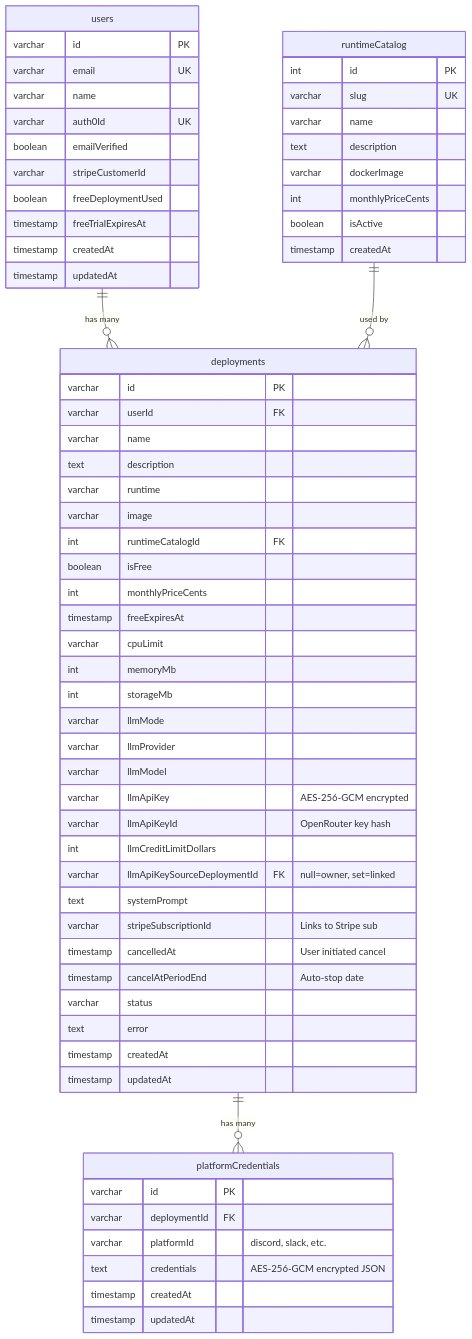
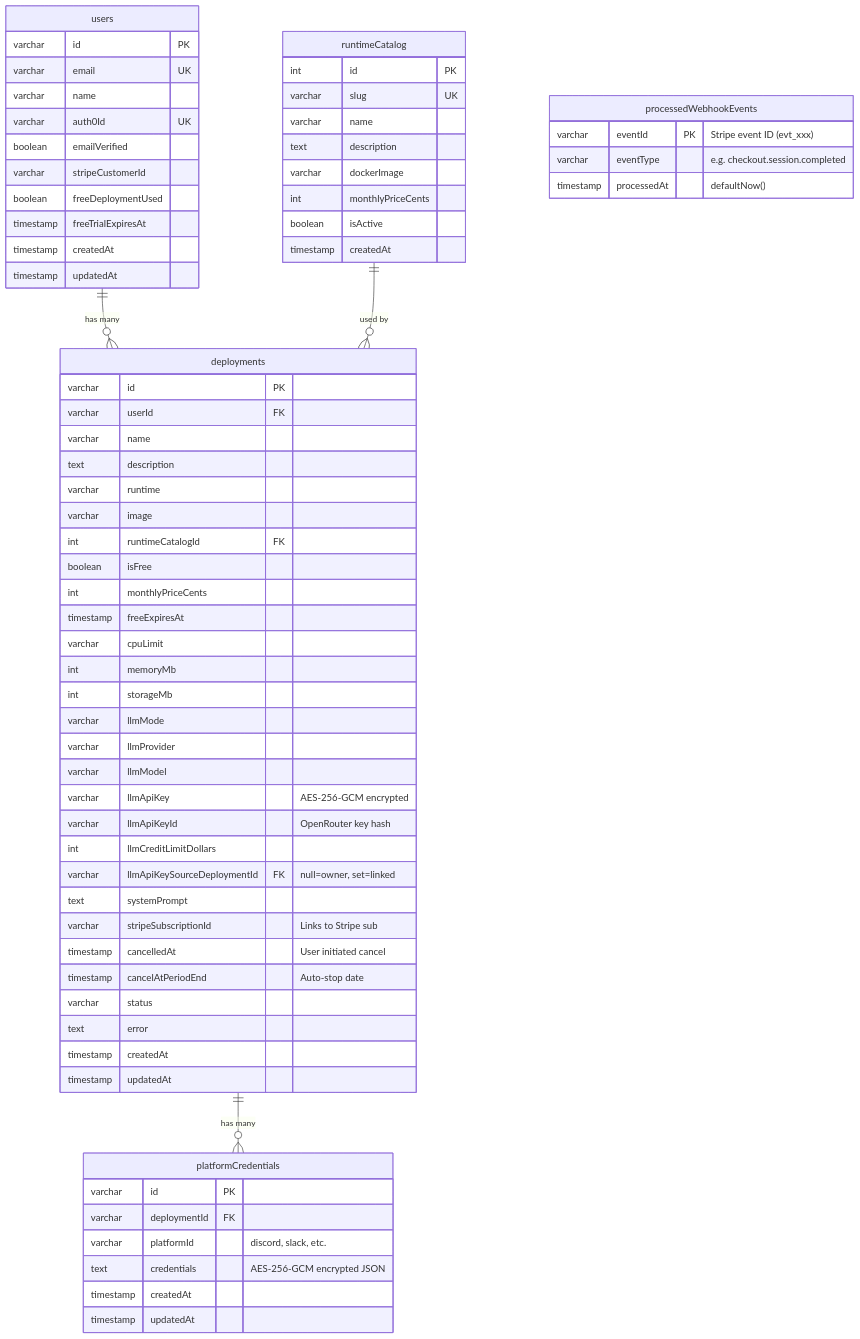
One commit to Bretthb/jarble changed the fifth of 25 diagrams in OVERVIEW.md. Above: the diagram before and after it, drawn with Mermaid. The commit also changed other lines of this file and 2 other files, not shown here.

First line of the commit message:
Update docs with Session 15 features: enforcement services, mock K8s, dev BYOK bypass

````diff
--- a/OVERVIEW.md
+++ b/OVERVIEW.md
@@ -243,70 +247,76 @@
 ```mermaid
 erDiagram
     users {
         varchar id PK
         varchar email UK
         varchar name
         varchar auth0Id UK
         boolean emailVerified
         varchar stripeCustomerId
         boolean freeDeploymentUsed
         timestamp freeTrialExpiresAt
         timestamp createdAt
         timestamp updatedAt
     }
 
     deployments {
         varchar id PK
         varchar userId FK
         varchar name
         text description
         varchar runtime
         varchar image
         int runtimeCatalogId FK
         boolean isFree
         int monthlyPriceCents
         timestamp freeExpiresAt
         varchar cpuLimit
         int memoryMb
         int storageMb
         varchar llmMode
         varchar llmProvider
         varchar llmModel
         varchar llmApiKey "AES-256-GCM encrypted"
         varchar llmApiKeyId "OpenRouter key hash"
         int llmCreditLimitDollars
         varchar llmApiKeySourceDeploymentId FK "null=owner, set=linked"
         text systemPrompt
         varchar stripeSubscriptionId "Links to Stripe sub"
         timestamp cancelledAt "User initiated cancel"
         timestamp cancelAtPeriodEnd "Auto-stop date"
         varchar status
         text error
         timestamp createdAt
         timestamp updatedAt
     }
 
     runtimeCatalog {
         int id PK
         varchar slug UK
         varchar name
         text description
         varchar dockerImage
         int monthlyPriceCents
         boolean isActive
         timestamp createdAt
     }
 
     platformCredentials {
         varchar id PK
         varchar deploymentId FK
         varchar platformId "discord, slack, etc."
         text credentials "AES-256-GCM encrypted JSON"
         timestamp createdAt
         timestamp updatedAt
     }
 
+    processedWebhookEvents {
+        varchar eventId PK "Stripe event ID (evt_xxx)"
+        varchar eventType "e.g. checkout.session.completed"
+        timestamp processedAt "defaultNow()"
+    }
+
     users ||--o{ deployments : "has many"
     runtimeCatalog ||--o{ deployments : "used by"
     deployments ||--o{ platformCredentials : "has many"
 ```
````
